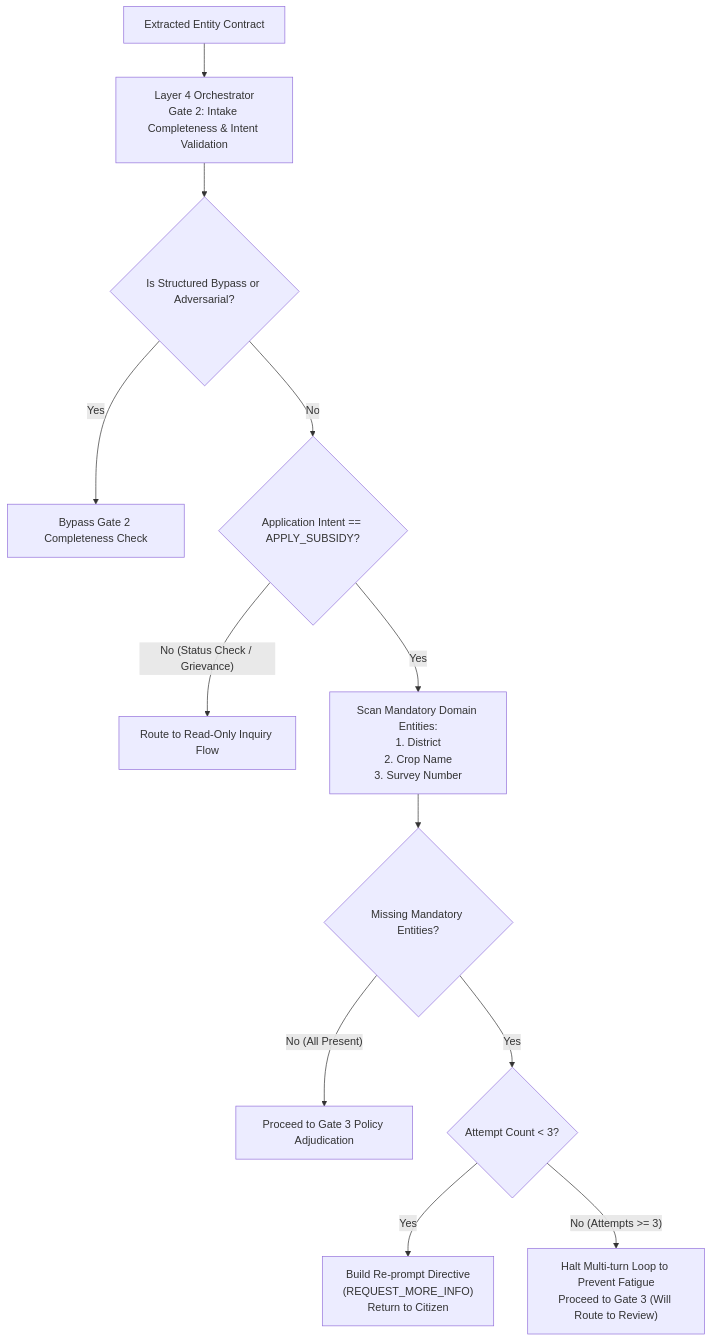
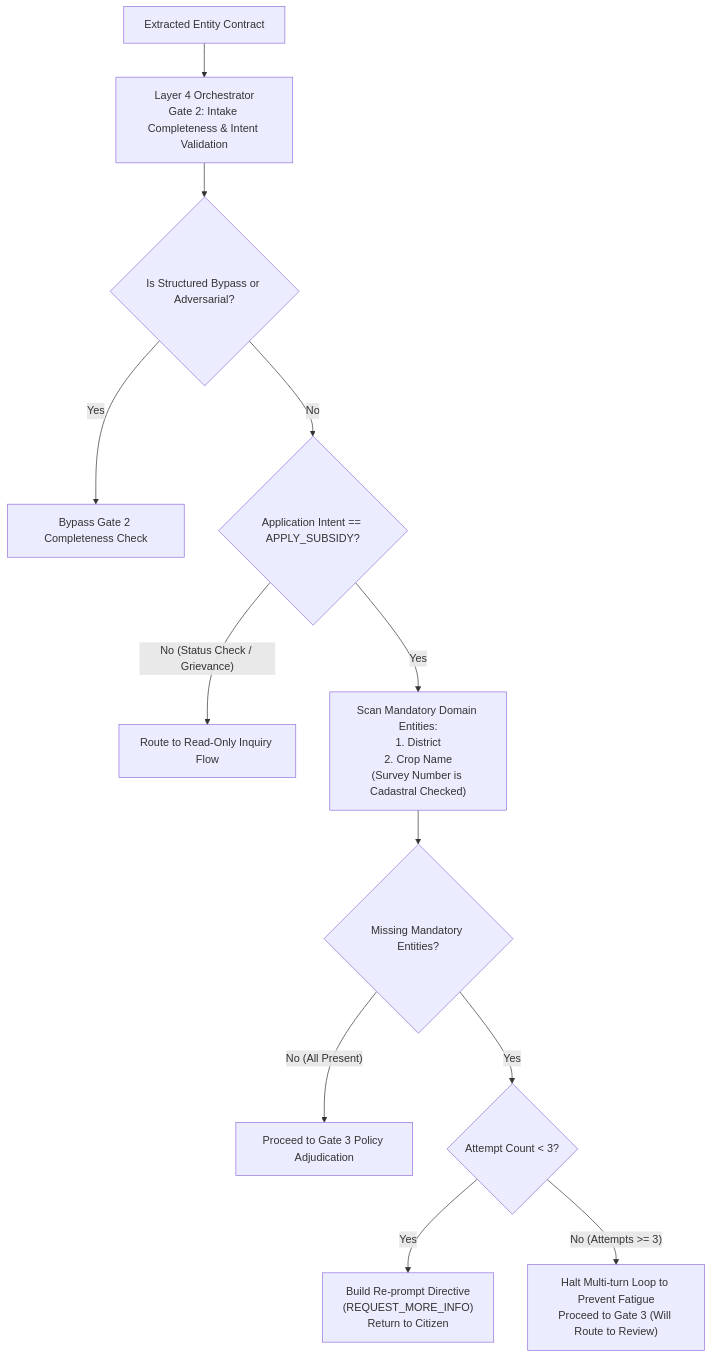
One commit to gargmishu/agristack-dbt-core changed the fourth of 7 diagrams in docs/end_to_end_code_flow.md. Above: the diagram before and after it, drawn with Mermaid. The commit also changed other lines of this file, not shown here.

Commit message:
docs: update architecture decision records, roadmap, and environment setup script for evaluation gates and Python 3.13 via uv

````diff
--- a/docs/end_to_end_code_flow.md
+++ b/docs/end_to_end_code_flow.md
@@ -143,17 +143,17 @@
 ```mermaid
 flowchart TD
     S["Extracted Entity Contract"] --> T["Layer 4 Orchestrator<br/>Gate 2: Intake Completeness & Intent Validation"]
 
     T --> U{"Is Structured Bypass or Adversarial?"}
     U -- "Yes" --> V["Bypass Gate 2 Completeness Check"]
     U -- "No" --> W{"Application Intent == APPLY_SUBSIDY?"}
 
     W -- "No (Status Check / Grievance)" --> X["Route to Read-Only Inquiry Flow"]
-    W -- "Yes" --> Y["Scan Mandatory Domain Entities:<br/>1. District<br/>2. Crop Name<br/>3. Survey Number"]
+    W -- "Yes" --> Y["Scan Mandatory Domain Entities:<br/>1. District<br/>2. Crop Name<br/>(Survey Number is Cadastral Checked)"]
 
     Y --> Z{"Missing Mandatory Entities?"}
     Z -- "No (All Present)" --> AA["Proceed to Gate 3 Policy Adjudication"]
     Z -- "Yes" --> AB{"Attempt Count < 3?"}
     AB -- "Yes" --> AC["Build Re-prompt Directive<br/>(REQUEST_MORE_INFO)<br/>Return to Citizen"]
     AB -- "No (Attempts >= 3)" --> AD["Halt Multi-turn Loop to Prevent Fatigue<br/>Proceed to Gate 3 (Will Route to Review)"]
 ```
````
